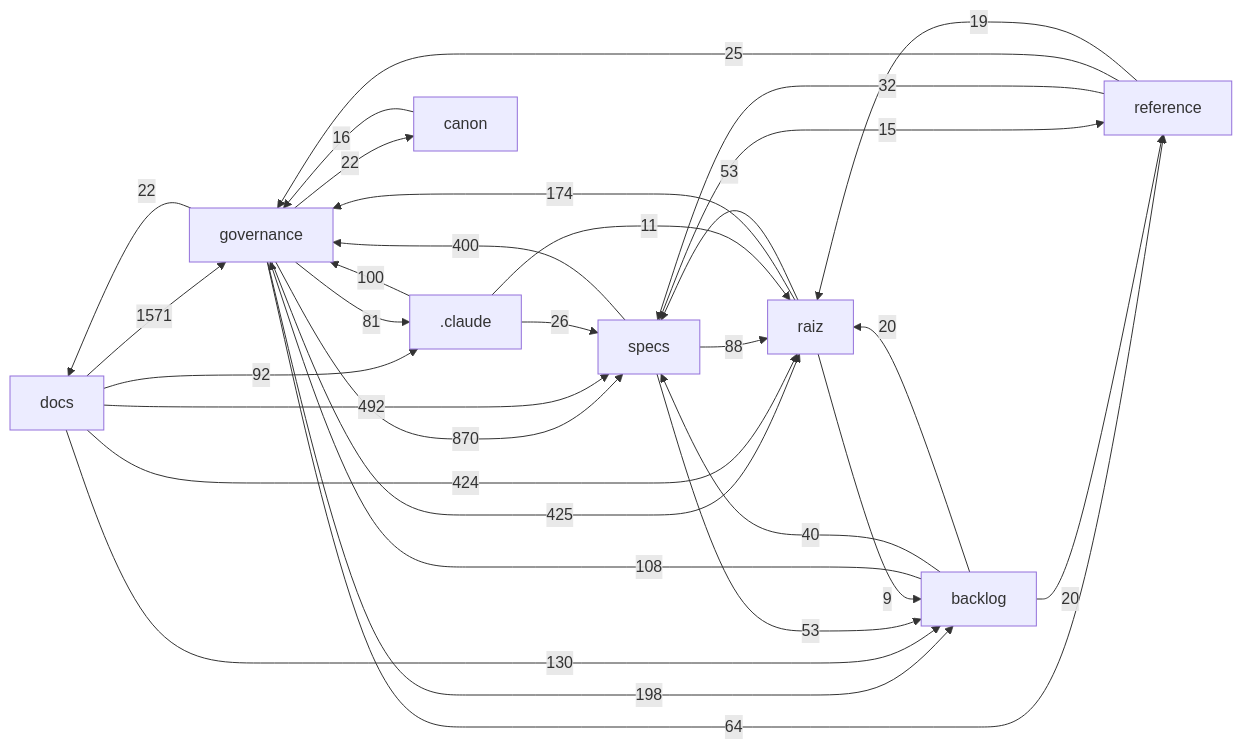
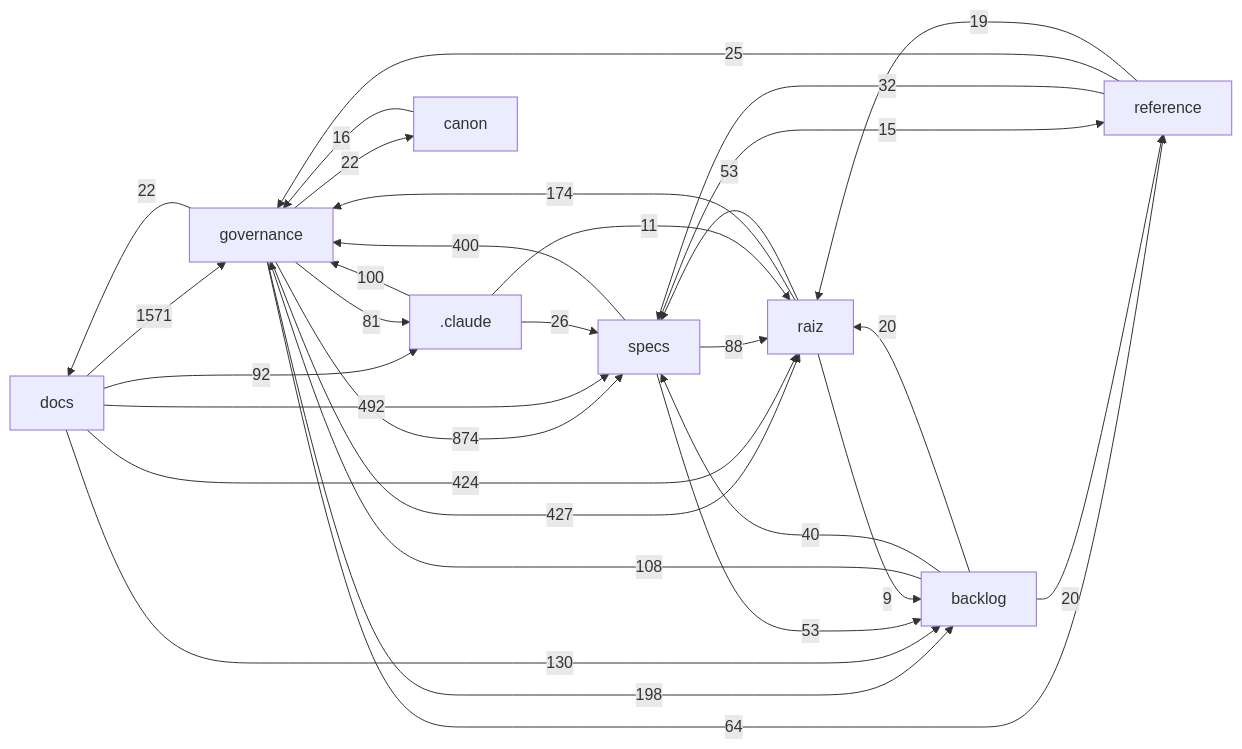
The diagram in docs/mapa/MAPA-PROJETO.md (Andraus35/Sistema-Operacional-de-Trading--SOT), drawn with Mermaid before and after one commit. The commit also changed other lines of this file and 5 other files, not shown here.

````diff
--- a/docs/mapa/MAPA-PROJETO.md
+++ b/docs/mapa/MAPA-PROJETO.md
@@ -29,33 +29,33 @@
 ```mermaid
 flowchart LR
   docs["docs"] -->|1571| governance["governance"]
-  governance["governance"] -->|870| specs["specs"]
+  governance["governance"] -->|874| specs["specs"]
   docs["docs"] -->|492| specs["specs"]
-  governance["governance"] -->|425| raiz["raiz"]
+  governance["governance"] -->|427| raiz["raiz"]
   docs["docs"] -->|424| raiz["raiz"]
   specs["specs"] -->|400| governance["governance"]
   governance["governance"] -->|198| backlog["backlog"]
   raiz["raiz"] -->|174| governance["governance"]
   docs["docs"] -->|130| backlog["backlog"]
   backlog["backlog"] -->|108| governance["governance"]
   _claude[".claude"] -->|100| governance["governance"]
   docs["docs"] -->|92| _claude[".claude"]
   specs["specs"] -->|88| raiz["raiz"]
   governance["governance"] -->|81| _claude[".claude"]
   governance["governance"] -->|64| reference["reference"]
   raiz["raiz"] -->|53| specs["specs"]
   specs["specs"] -->|53| backlog["backlog"]
   backlog["backlog"] -->|40| specs["specs"]
   reference["reference"] -->|32| specs["specs"]
   _claude[".claude"] -->|26| specs["specs"]
   reference["reference"] -->|25| governance["governance"]
   governance["governance"] -->|22| docs["docs"]
   governance["governance"] -->|22| canon["canon"]
   backlog["backlog"] -->|20| raiz["raiz"]
   backlog["backlog"] -->|20| reference["reference"]
   reference["reference"] -->|19| raiz["raiz"]
   canon["canon"] -->|16| governance["governance"]
   specs["specs"] -->|15| reference["reference"]
   _claude[".claude"] -->|11| raiz["raiz"]
   raiz["raiz"] -->|9| backlog["backlog"]
 ```
````
